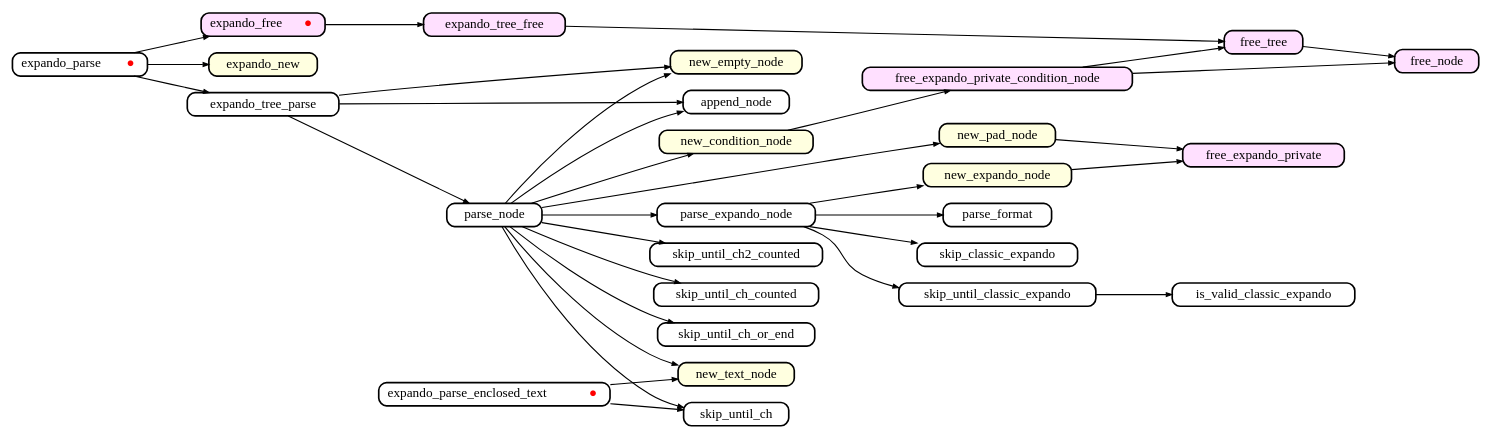
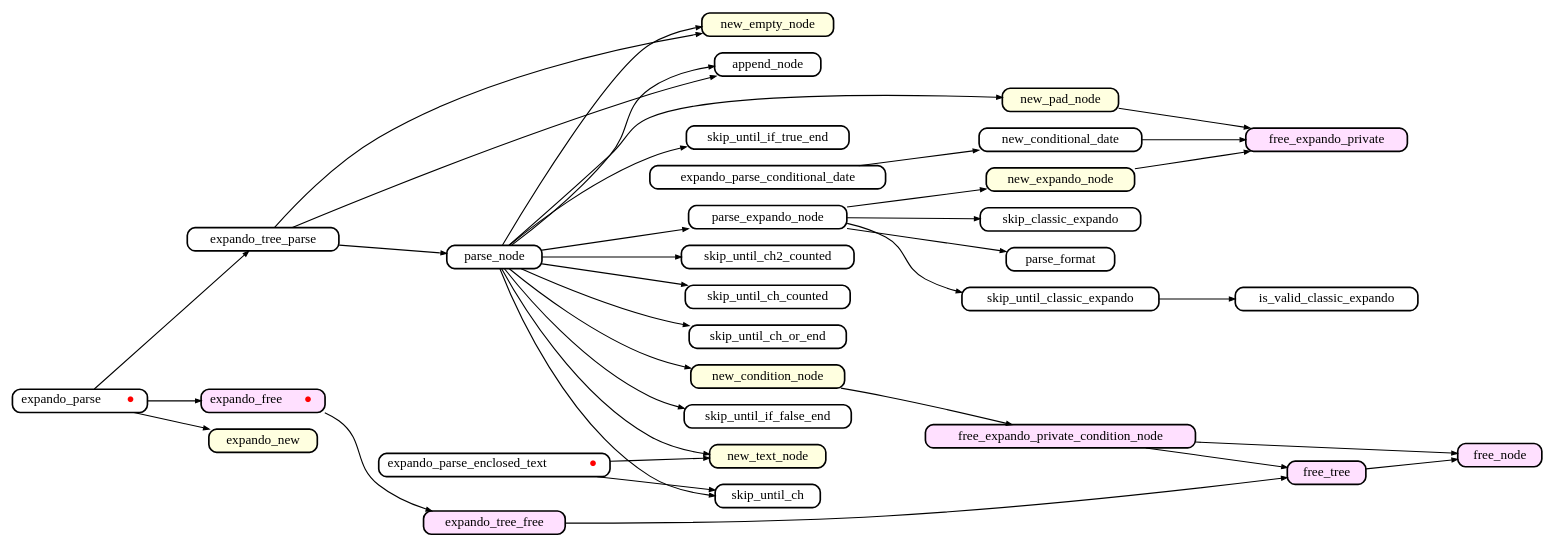
Before and after one commit to neomutt/test-gfx: the diagram in 2024-01-25_expando/expando-parse.gv, drawn with Graphviz. The commit also changed 3 other files, not shown here.

```diff
--- a/2024-01-25_expando/expando-parse.gv
+++ b/2024-01-25_expando/expando-parse.gv
@@ -1,81 +1,86 @@
 digraph callgraph {
 	graph [
 		rankdir="LR"
 		nodesep="0.2"
 		ranksep="0.5"
 		compound="true"
 	]
 
 	node [
 		shape="Mrecord"
 		fontsize="12"
 		fillcolor="#ffffff"
 		style="filled"
 		height="0.2"
 		penwidth="1.5"
 		color="black"
 	]
 
 	edge [
 		penwidth="1.0"
 		arrowsize="0.5"
 	]
 
 	// Called from outside library
 	node [ fillcolor="#ffffff" ]
 	expando_parse               [ label=<expando_parse <font color="red">●</font>> ]
 	expando_parse_enclosed_text [ label=<expando_parse_enclosed_text <font color="red">●</font>> ]
 
 	// Free functions
 	node [ fillcolor="#ffe0ff" ]
 	expando_free
 	expando_tree_free
 	free_expando_private
 	free_expando_private_condition_node
 	free_node
 	free_tree
 
 	// New functions
 	node [ fillcolor="#ffffe0" ]
 	expando_free [ label=<expando_free <font color="red">●</font>> ]
 	expando_new
 	new_condition_node
 	new_empty_node
 	new_expando_node
 	new_pad_node
 	new_text_node
 
 	node [ fillcolor="#ffffff" ]
 	expando_free                        -> expando_tree_free
 	expando_parse                       -> expando_free
 	expando_parse                       -> expando_new
 	expando_parse                       -> expando_tree_parse
+	expando_parse_conditional_date      -> new_conditional_date
 	expando_parse_enclosed_text         -> new_text_node
 	expando_parse_enclosed_text         -> skip_until_ch
 	expando_tree_free                   -> free_tree
 	expando_tree_parse                  -> append_node
 	expando_tree_parse                  -> new_empty_node
 	expando_tree_parse                  -> parse_node
 	free_expando_private_condition_node -> free_node
 	free_expando_private_condition_node -> free_tree
 	free_tree                           -> free_node
+	new_conditional_date                -> free_expando_private
 	new_condition_node                  -> free_expando_private_condition_node
 	new_expando_node                    -> free_expando_private
 	new_pad_node                        -> free_expando_private
 	parse_expando_node                  -> new_expando_node
 	parse_expando_node                  -> parse_format
 	parse_expando_node                  -> skip_classic_expando
 	parse_expando_node                  -> skip_until_classic_expando
 	parse_node                          -> append_node
 	parse_node                          -> new_condition_node
 	parse_node                          -> new_empty_node
 	parse_node                          -> new_pad_node
 	parse_node                          -> new_text_node
 	parse_node                          -> parse_expando_node
 	parse_node                          -> skip_until_ch
 	parse_node                          -> skip_until_ch2_counted
 	parse_node                          -> skip_until_ch_counted
 	parse_node                          -> skip_until_ch_or_end
+	parse_node                          -> skip_until_if_false_end
+	parse_node                          -> skip_until_if_true_end
 	skip_until_classic_expando          -> is_valid_classic_expando
 
+
 }
```
